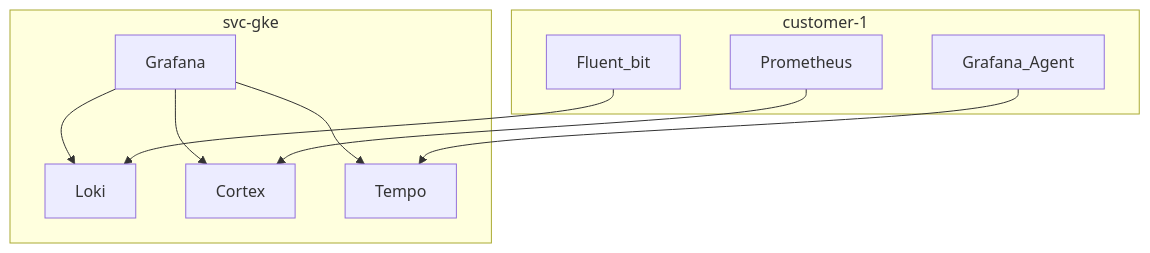
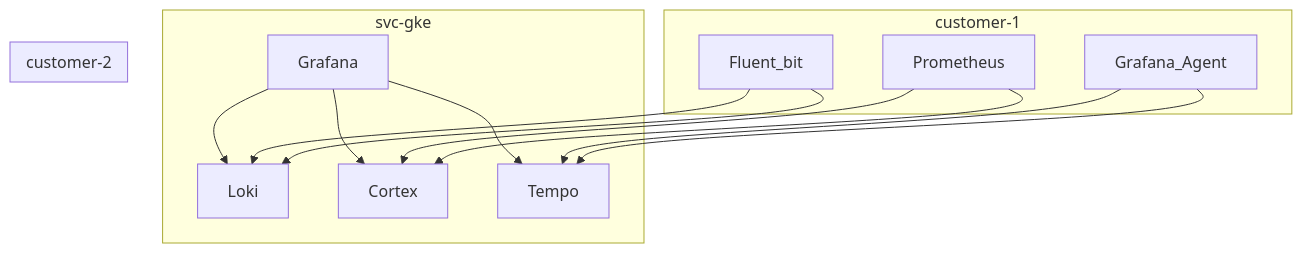
The first of 2 diagrams in diagrams/examples/monitor.md (edwardwu/gitrepo), drawn with Mermaid before and after one commit.

Commit message:
add monitor.md - add customer-2

````diff
--- a/diagrams/examples/monitor.md
+++ b/diagrams/examples/monitor.md
@@ -1,13 +1,18 @@
 ```mermaid
 flowchart TB
     subgraph svc-gke
     Grafana-->Loki
     Grafana-->Cortex
     Grafana-->Tempo
     end
     subgraph customer-1
     Prometheus-->Cortex
     Fluent_bit-->Loki
     Grafana_Agent-->Tempo
     end
+    subgraph customer-2
+    Prometheus-->Cortex
+    Fluent_bit-->Loki
+    Grafana_Agent-->Tempo
+    end
 ```
````
